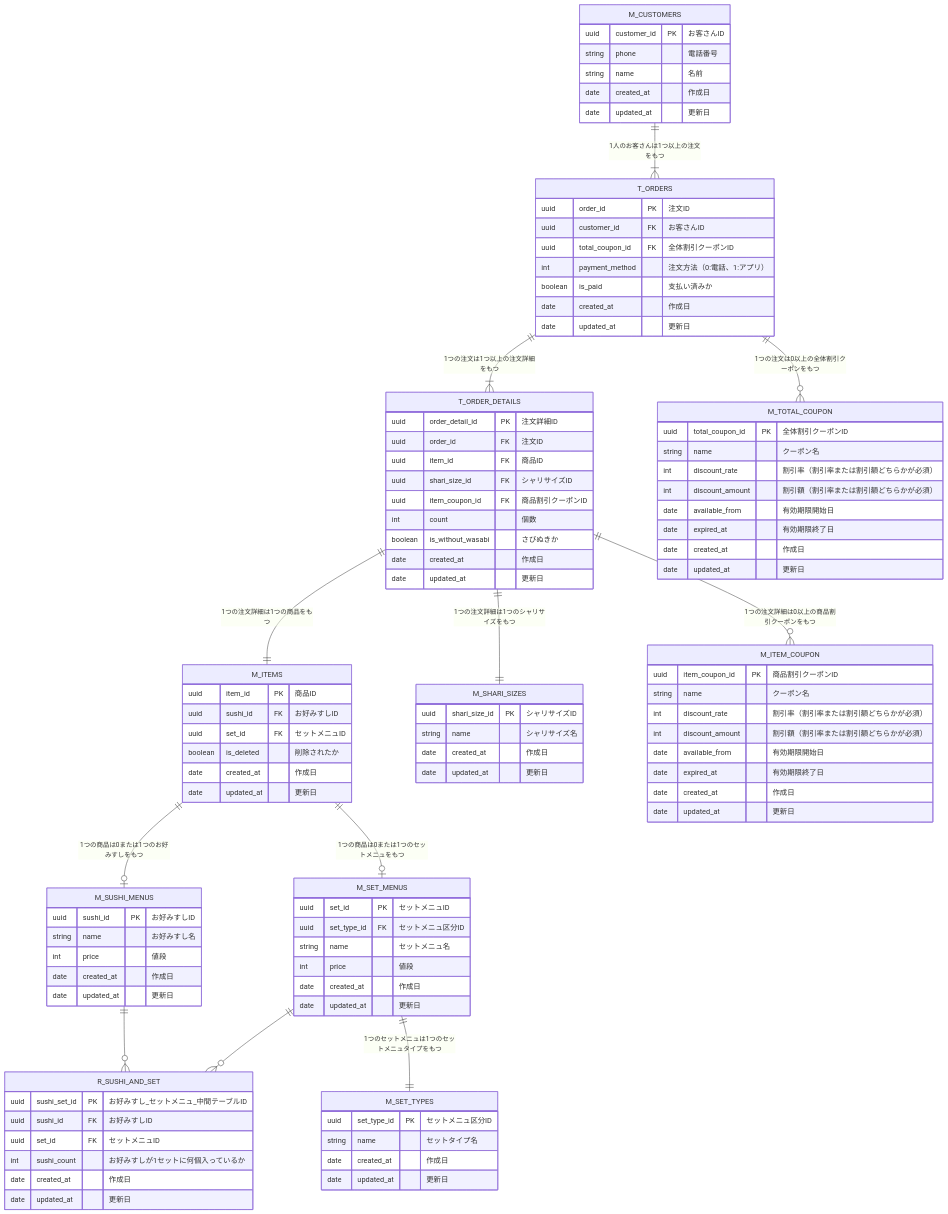
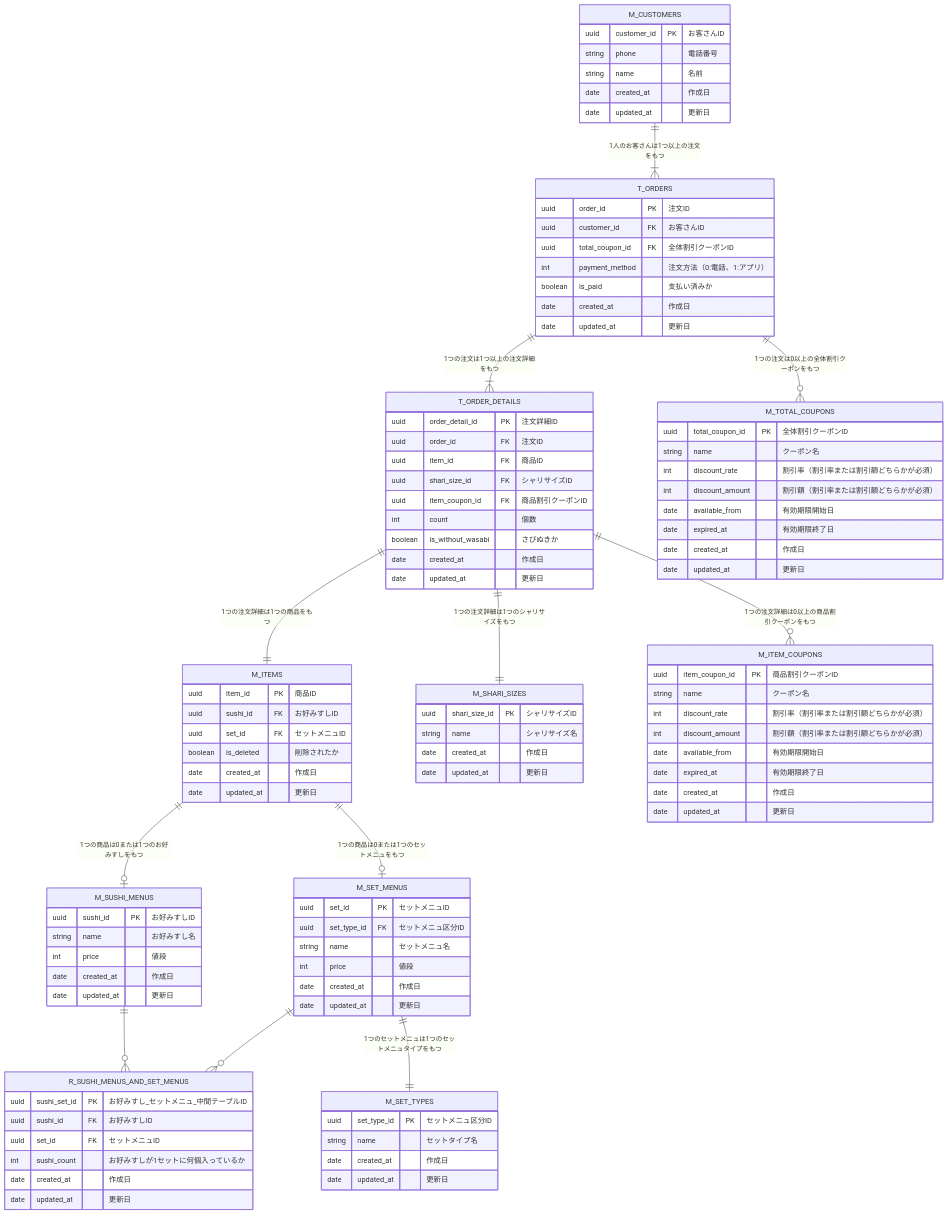
The diagram in F0yWy8HaLlWoST/01_データベース設計/01_DBモデリング1/kadai_03.md (praha-inc/praha-challenge-7), drawn with Mermaid before and after one commit.

Commit message:
fix: 複数形に統一

````diff
--- a/F0yWy8HaLlWoST/01_データベース設計/01_DBモデリング1/kadai_03.md
+++ b/F0yWy8HaLlWoST/01_データベース設計/01_DBモデリング1/kadai_03.md
@@ -53,7 +53,7 @@
     date updated_at "更新日"
   }
 
-  R_SUSHI_AND_SET {
+  R_SUSHI_MENUS_AND_SET_MENUS {
     uuid sushi_set_id PK "お好みすし_セットメニュ_中間テーブルID"
     uuid sushi_id FK "お好みすしID"
     uuid set_id FK "セットメニュID"
@@ -98,7 +98,7 @@
     date updated_at "更新日"
   }
 
-  M_TOTAL_COUPON {
+  M_TOTAL_COUPONS {
     uuid total_coupon_id PK "全体割引クーポンID"
     string name "クーポン名"
     int discount_rate "割引率（割引率または割引額どちらかが必須）"
@@ -109,7 +109,7 @@
     date updated_at "更新日"
   }
 
-  M_ITEM_COUPON {
+  M_ITEM_COUPONS {
     uuid item_coupon_id PK "商品割引クーポンID"
     string name "クーポン名"
     int discount_rate "割引率（割引率または割引額どちらかが必須）"
@@ -125,10 +125,10 @@
   T_ORDER_DETAILS ||--|| M_ITEMS: "1つの注文詳細は1つの商品をもつ"
   M_ITEMS ||--o| M_SUSHI_MENUS: "1つの商品は0または1つのお好みすしをもつ"
   M_ITEMS ||--o| M_SET_MENUS: "1つの商品は0または1つのセットメニュをもつ"
-  M_SUSHI_MENUS ||--o{ R_SUSHI_AND_SET: ""
-  M_SET_MENUS ||--o{ R_SUSHI_AND_SET: ""
+  M_SUSHI_MENUS ||--o{ R_SUSHI_MENUS_AND_SET_MENUS: ""
+  M_SET_MENUS ||--o{ R_SUSHI_MENUS_AND_SET_MENUS: ""
   T_ORDER_DETAILS ||--|| M_SHARI_SIZES: "1つの注文詳細は1つのシャリサイズをもつ"
   M_SET_MENUS ||--|| M_SET_TYPES: "1つのセットメニュは1つのセットメニュタイプをもつ"
-  T_ORDERS ||--o{ M_TOTAL_COUPON: "1つの注文は0以上の全体割引クーポンをもつ"
-  T_ORDER_DETAILS ||--o{ M_ITEM_COUPON: "1つの注文詳細は0以上の商品割引クーポンをもつ"
+  T_ORDERS ||--o{ M_TOTAL_COUPONS: "1つの注文は0以上の全体割引クーポンをもつ"
+  T_ORDER_DETAILS ||--o{ M_ITEM_COUPONS: "1つの注文詳細は0以上の商品割引クーポンをもつ"
 ```
````
